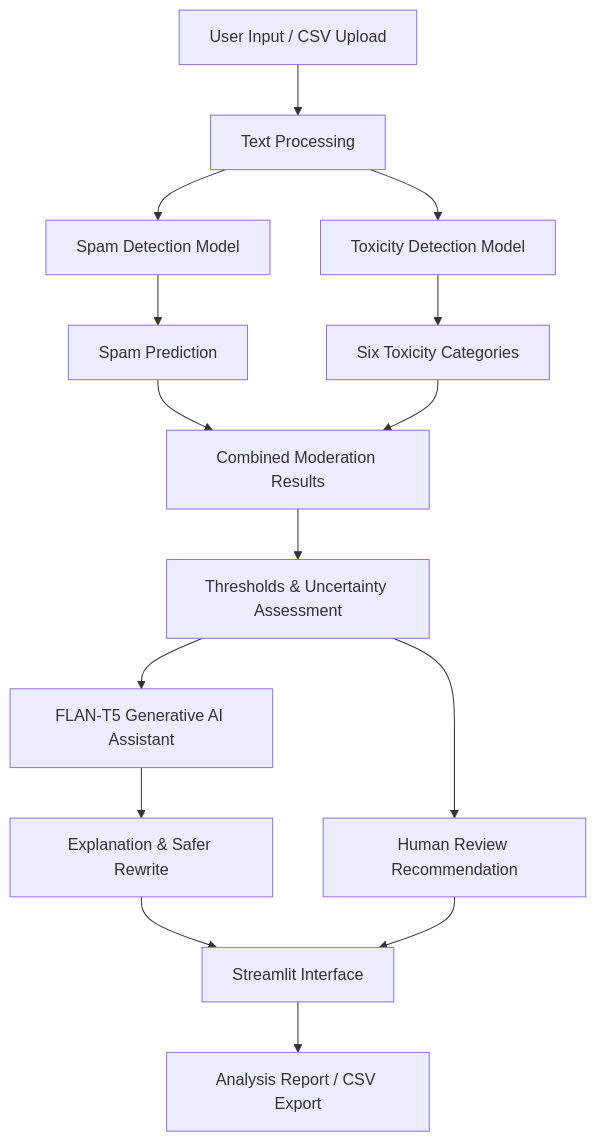
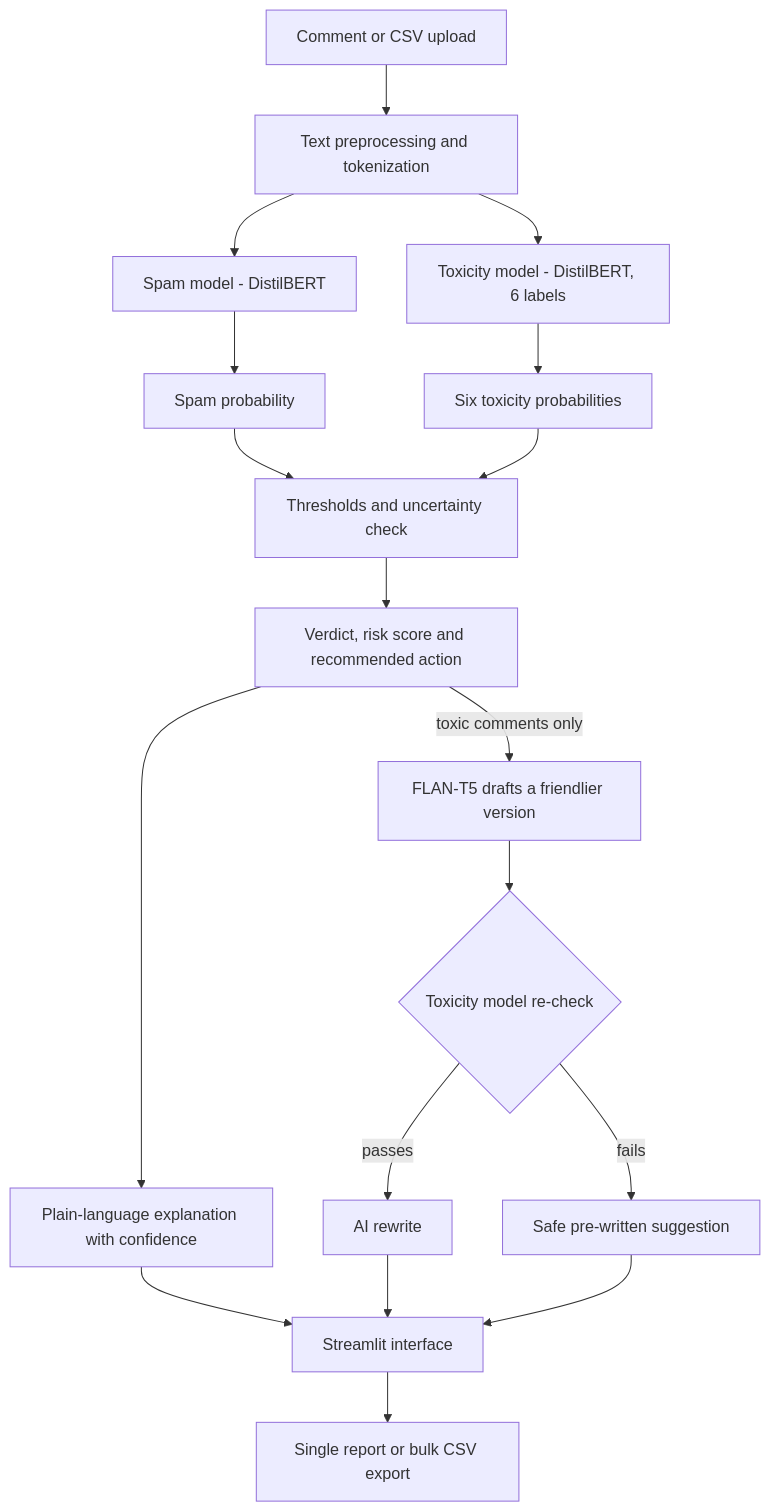
The diagram in README.md (deepak-kumar-da/smart-comment-classifier), drawn with Mermaid before and after one commit. The commit also changed other lines of this file, not shown here.

````diff
--- a/README.md
+++ b/README.md
@@ -125,26 +191,27 @@
 ```mermaid
 flowchart TD
-    A["User Input / CSV Upload"] --> B["Text Processing"]
+    A["Comment or CSV upload"] --> B["Text preprocessing and tokenization"]
 
-    B --> C["Spam Detection Model"]
-    B --> D["Toxicity Detection Model"]
+    B --> C["Spam model - DistilBERT"]
+    B --> D["Toxicity model - DistilBERT, 6 labels"]
 
-    C --> E["Spam Prediction"]
-    D --> F["Six Toxicity Categories"]
+    C --> E["Spam probability"]
+    D --> F["Six toxicity probabilities"]
 
-    E --> G["Combined Moderation Results"]
+    E --> G["Thresholds and uncertainty check"]
     F --> G
 
-    G --> H["Thresholds & Uncertainty Assessment"]
+    G --> H["Verdict, risk score and recommended action"]
+    H --> I["Plain-language explanation with confidence"]
 
-    H --> I["FLAN-T5 Generative AI Assistant"]
+    H -->|"toxic comments only"| J["FLAN-T5 drafts a friendlier version"]
+    J --> K{"Toxicity model re-check"}
+    K -->|"passes"| L["AI rewrite"]
+    K -->|"fails"| M["Safe pre-written suggestion"]
 
-    I --> J["Explanation & Safer Rewrite"]
+    I --> N["Streamlit interface"]
+    L --> N
+    M --> N
 
-    H --> K["Human Review Recommendation"]
-
-    J --> L["Streamlit Interface"]
-    K --> L
-
-    L --> M["Analysis Report / CSV Export"]
+    N --> O["Single report or bulk CSV export"]
 ```
````
